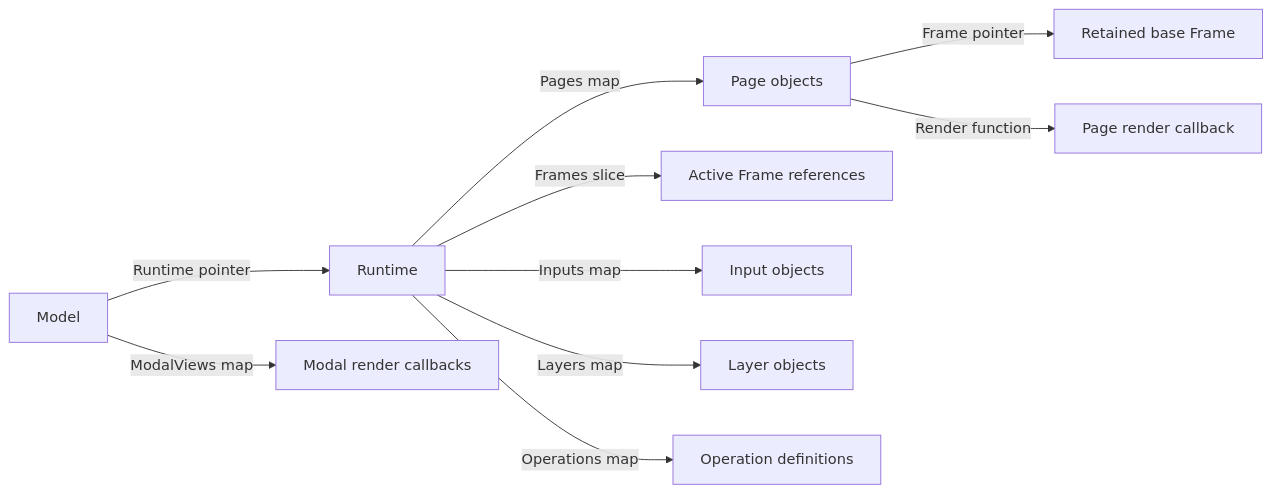
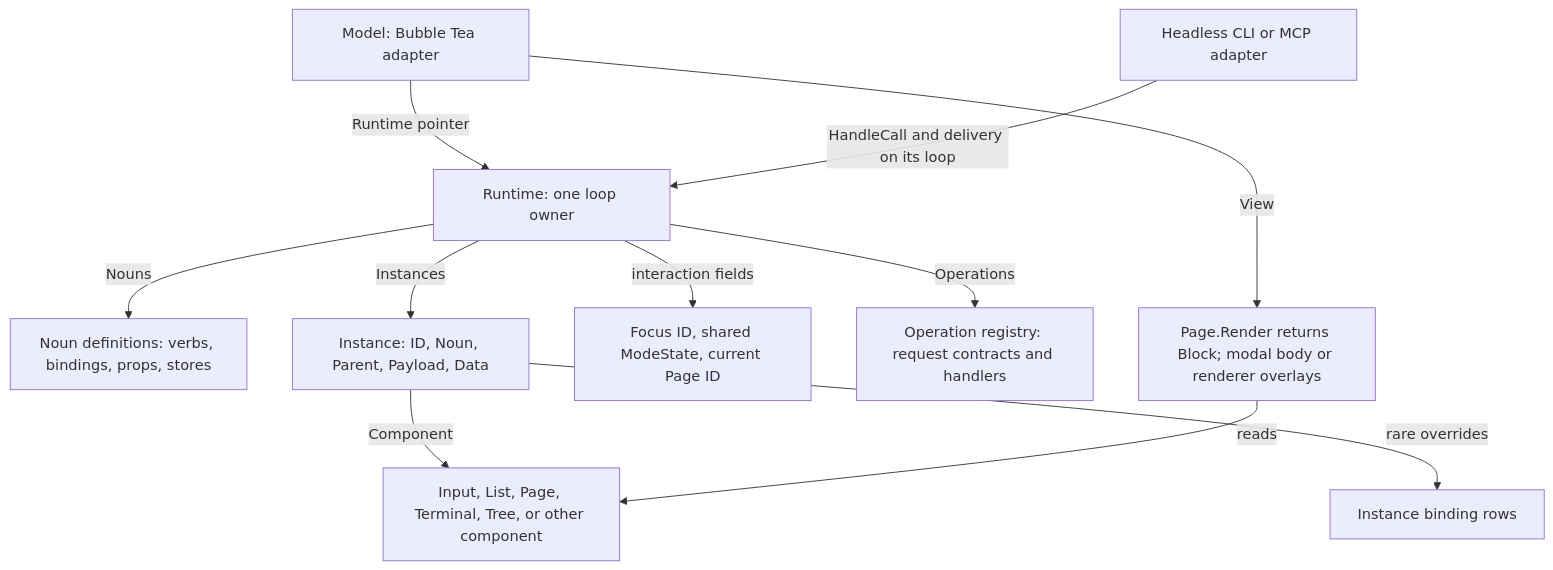
Before and after one commit to ofamtools/ochazuke: the diagram in docs/relationships/objects.mmd, drawn with Mermaid. The commit also changed 19 other files, not shown here.

First line of the commit message:
docs: refresh architecture maps and relationship exports

```diff
--- a/docs/relationships/objects.mmd
+++ b/docs/relationships/objects.mmd
@@ -1,10 +1,11 @@
-flowchart LR
-    M["Model"] -->|Runtime pointer| R["Runtime"]
-    M -->|ModalViews map| MV["Modal render callbacks"]
-    R -->|Pages map| P["Page objects"]
-    R -->|Frames slice| F["Active Frame references"]
-    R -->|Inputs map| I["Input objects"]
-    R -->|Layers map| L["Layer objects"]
-    R -->|Operations map| O["Operation definitions"]
-    P -->|Frame pointer| B["Retained base Frame"]
-    P -->|Render function| V["Page render callback"]
+flowchart TD
+    R["Runtime: one loop owner"] -->|Nouns| N["Noun definitions: verbs, bindings, props, stores"]
+    R -->|Instances| I["Instance: ID, Noun, Parent, Payload, Data"]
+    R -->|interaction fields| S["Focus ID, shared ModeState, current Page ID"]
+    R -->|Operations| O["Operation registry: request contracts and handlers"]
+    I -->|Component| C["Input, List, Page, Terminal, Tree, or other component"]
+    I -->|rare overrides| B["Instance binding rows"]
+    M["Model: Bubble Tea adapter"] -->|Runtime pointer| R
+    M -->|View| V["Page.Render returns Block; modal body or renderer overlays"]
+    V -->|reads| C
+    H["Headless CLI or MCP adapter"] -->|HandleCall and delivery on its loop| R
```
